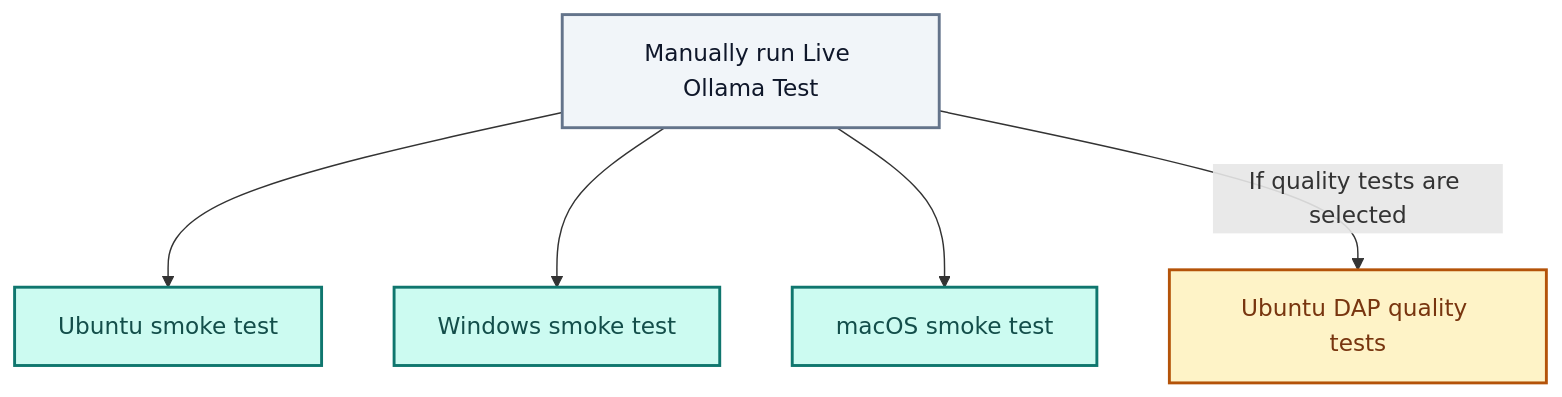
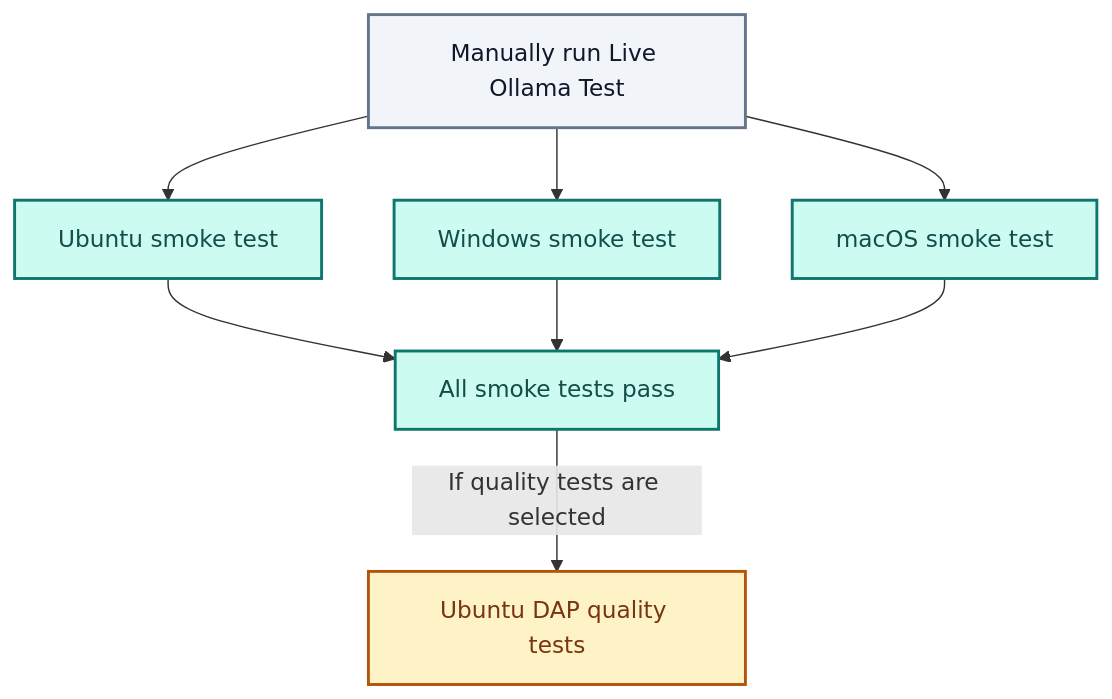
The third of 3 diagrams in README.md (OllieOzzy/cmsc495-social-worker-ai-assistant), drawn with Mermaid before and after one commit. The commit also changed other lines of this file and 1 other file, not shown here.

Commit message:
Rework Live Ollama Smoke Tests to pass first before triggering DAP Quality Tests.

````diff
--- a/README.md
+++ b/README.md
@@ -194,16 +194,19 @@
 ```mermaid
 flowchart TD
     Start["Manually run Live Ollama Test"]
     Start --> Ubuntu["Ubuntu smoke test"]
     Start --> Windows["Windows smoke test"]
     Start --> Mac["macOS smoke test"]
-    Start -->|"If quality tests are selected"| Quality["Ubuntu DAP quality tests"]
+    Ubuntu --> Passed["All smoke tests pass"]
+    Windows --> Passed
+    Mac --> Passed
+    Passed -->|"If quality tests are selected"| Quality["Ubuntu DAP quality tests"]
 
     classDef trigger fill:#F1F5F9,stroke:#64748B,color:#0F172A,stroke-width:2px
     classDef smoke fill:#CCFBF1,stroke:#0F766E,color:#134E4A,stroke-width:2px
     classDef quality fill:#FEF3C7,stroke:#B45309,color:#78350F,stroke-width:2px
 
     class Start trigger
-    class Ubuntu,Windows,Mac smoke
+    class Ubuntu,Windows,Mac,Passed smoke
     class Quality quality
 ```
````
